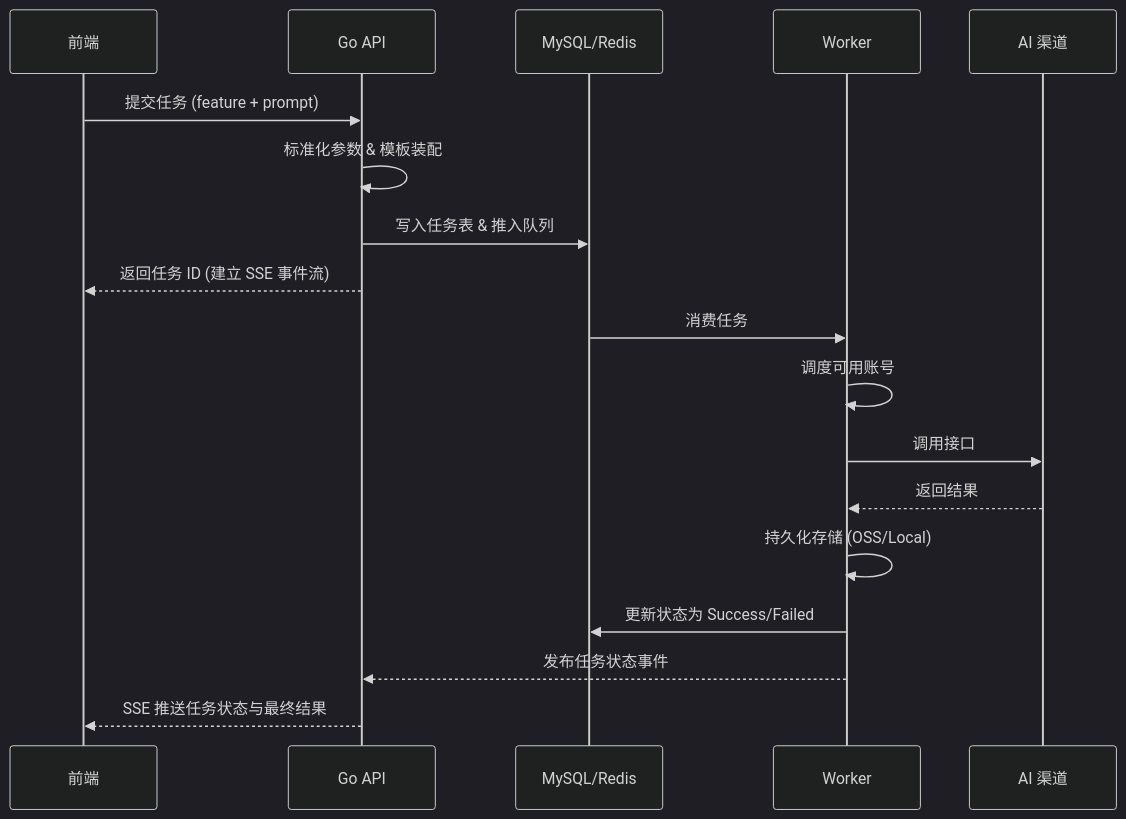
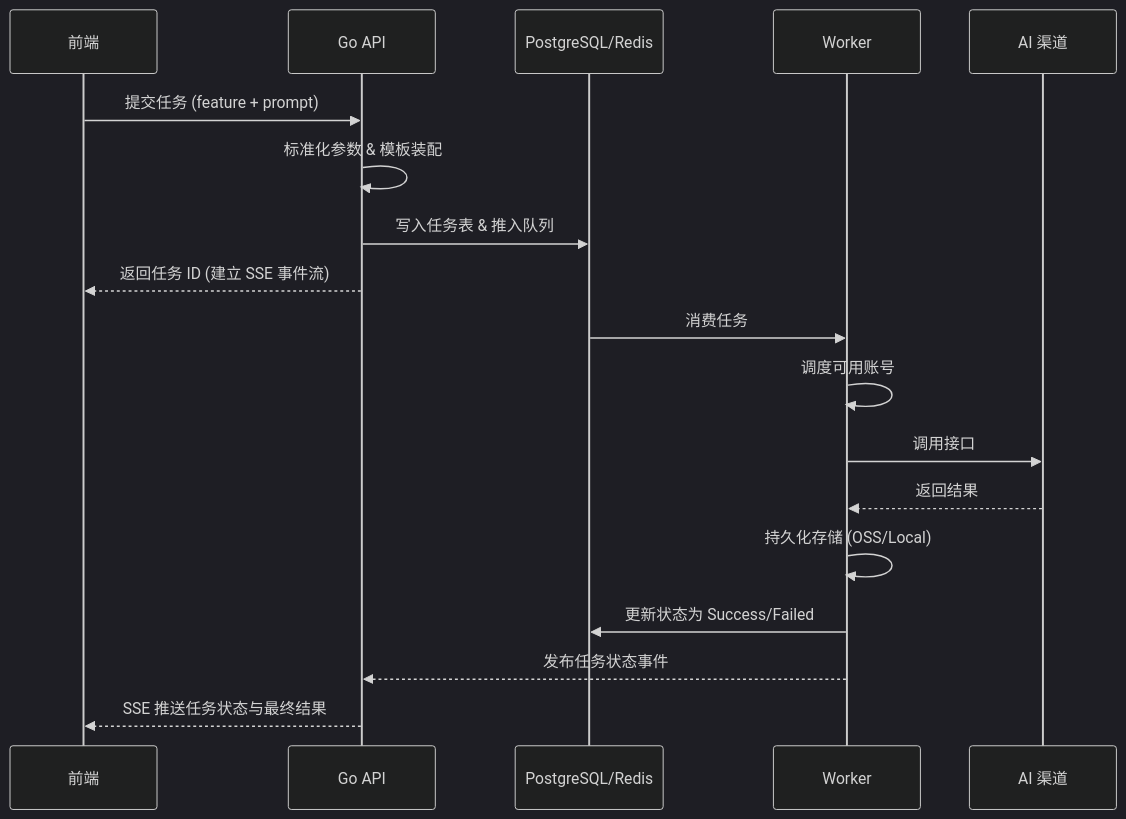
The second of 2 diagrams in DEVELOPMENT.md (Ericsunsk/IdeaBoard), drawn with Mermaid (dark theme) before and after one commit. The commit also changed other lines of this file and 114 other files, not shown here.

First line of the commit message:
refactor: migrate database from MySQL 8.0 to PostgreSQL 17

````diff
--- a/DEVELOPMENT.md
+++ b/DEVELOPMENT.md
@@ -165,23 +165,23 @@
 ```mermaid
 sequenceDiagram
     participant FE as 前端
     participant API as Go API
-    participant DB as MySQL/Redis
+    participant DB as PostgreSQL/Redis
     participant WK as Worker
     participant AI as AI 渠道
 
     FE->>API: 提交任务 (feature + prompt)
     API->>API: 标准化参数 & 模板装配
     API->>DB: 写入任务表 & 推入队列
     API-->>FE: 返回任务 ID (建立 SSE 事件流)
     
     DB->>WK: 消费任务
     WK->>WK: 调度可用账号
     WK->>AI: 调用接口
     AI-->>WK: 返回结果
     WK->>WK: 持久化存储 (OSS/Local)
     WK->>DB: 更新状态为 Success/Failed
     
     WK-->>API: 发布任务状态事件
     API-->>FE: SSE 推送任务状态与最终结果
 ```
````
